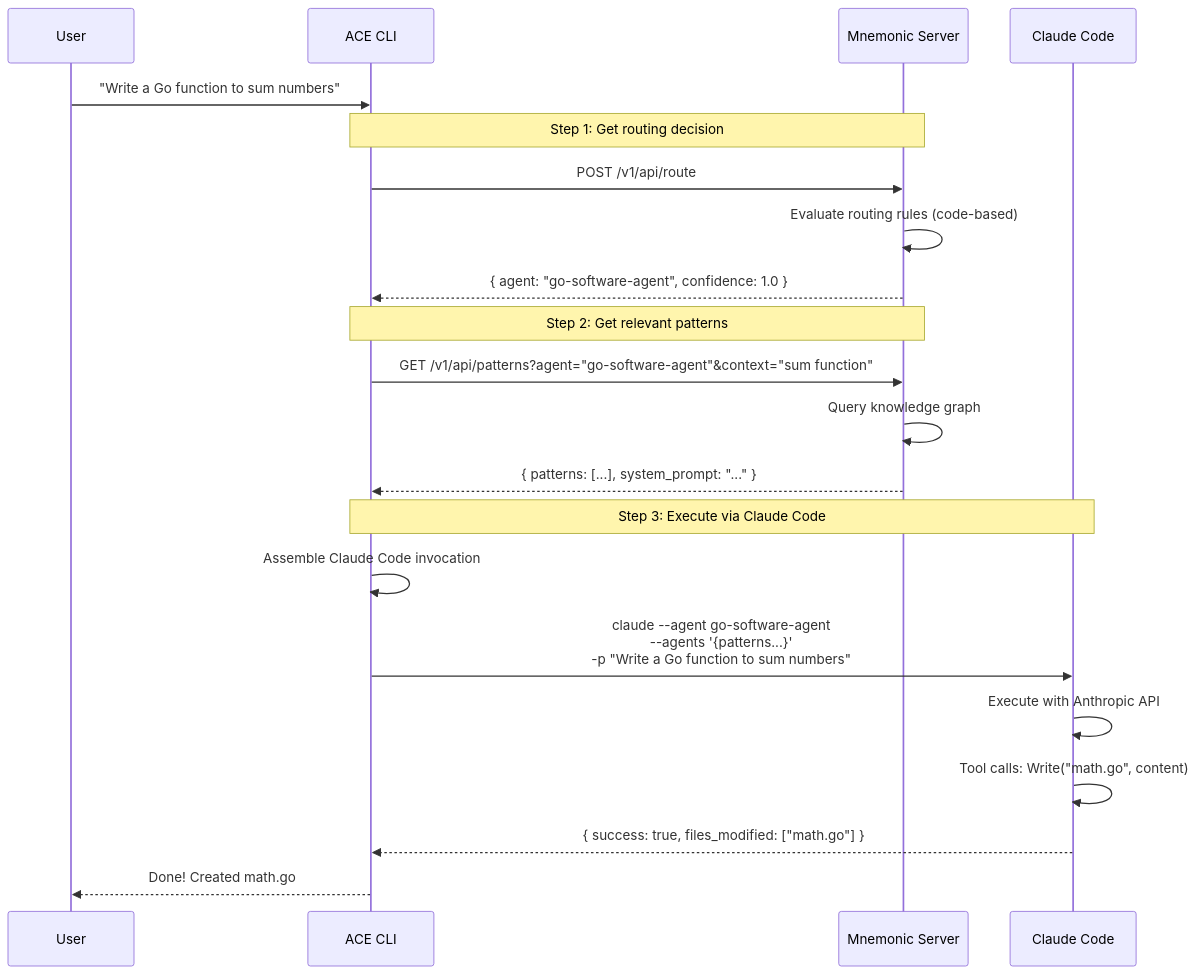
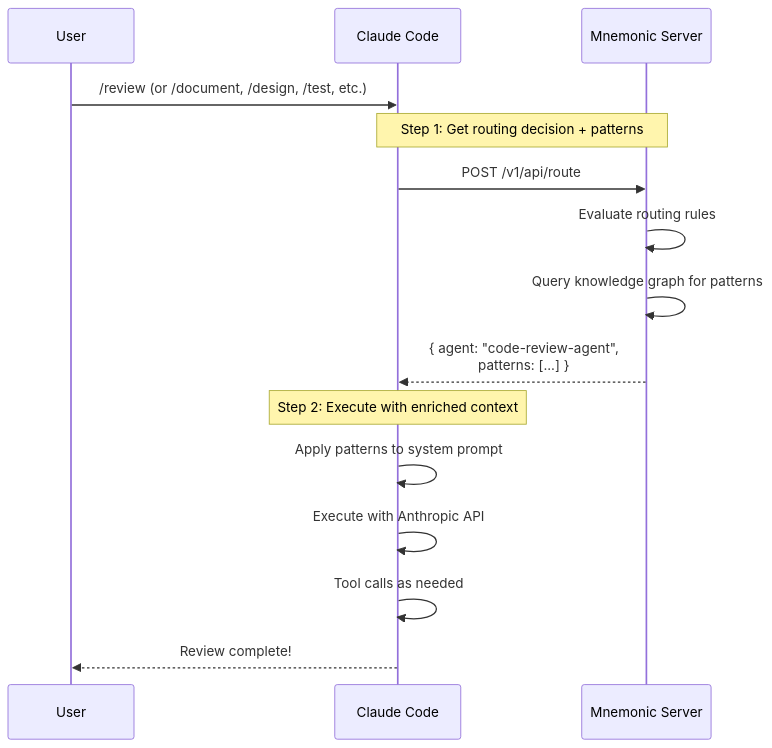
Before and after one commit to twistingmercury/mnemonic-mcp: the first of 2 diagrams in docs/mnemonic-integration-concept.md, drawn with Mermaid. The commit also changed other lines of this file and 12 other files, not shown here.

````diff
--- a/docs/mnemonic-integration-concept.md
+++ b/docs/mnemonic-integration-concept.md
@@ -12,28 +23,21 @@
 ```mermaid
 sequenceDiagram
     participant User
-    participant CLI as ACE CLI
+    participant CC as Claude Code
     participant MN as Mnemonic Server
-    participant CC as Claude Code
 
-    User->>CLI: "Write a Go function to sum numbers"
+    User->>CC: /review (or /document, /design, /test, etc.)
 
-    Note over CLI,MN: Step 1: Get routing decision
-    CLI->>MN: POST /v1/api/route
-    MN->>MN: Evaluate routing rules (code-based)
-    MN-->>CLI: { agent: "go-software-agent", confidence: 1.0 }
+    Note over CC,MN: Step 1: Get routing decision + patterns
+    CC->>MN: POST /v1/api/route
+    MN->>MN: Evaluate routing rules
+    MN->>MN: Query knowledge graph for patterns
+    MN-->>CC: { agent: "code-review-agent",<br/>patterns: [...] }
 
-    Note over CLI,MN: Step 2: Get relevant patterns
-    CLI->>MN: GET /v1/api/patterns?agent="go-software-agent"&context="sum function"
-    MN->>MN: Query knowledge graph
-    MN-->>CLI: { patterns: [...], system_prompt: "..." }
+    Note over CC: Step 2: Execute with enriched context
+    CC->>CC: Apply patterns to system prompt
+    CC->>CC: Execute with Anthropic API
+    CC->>CC: Tool calls as needed
 
-    Note over CLI,CC: Step 3: Execute via Claude Code
-    CLI->>CLI: Assemble Claude Code invocation
-    CLI->>CC: claude --agent go-software-agent<br/>--agents '{patterns...}'<br/>-p "Write a Go function to sum numbers"
-    CC->>CC: Execute with Anthropic API
-    CC->>CC: Tool calls: Write("math.go", content)
-    CC-->>CLI: { success: true, files_modified: ["math.go"] }
-
-    CLI-->>User: Done! Created math.go
+    CC-->>User: Review complete!
 ```
````
